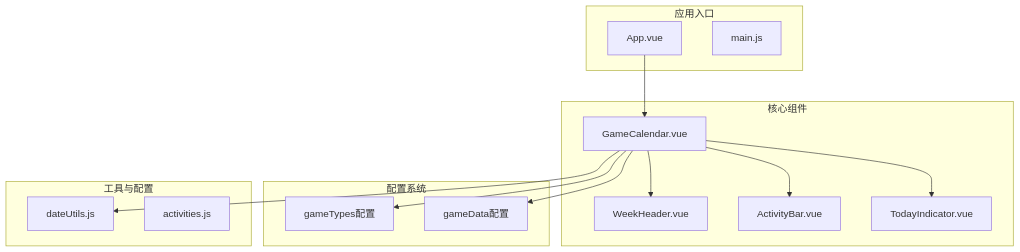
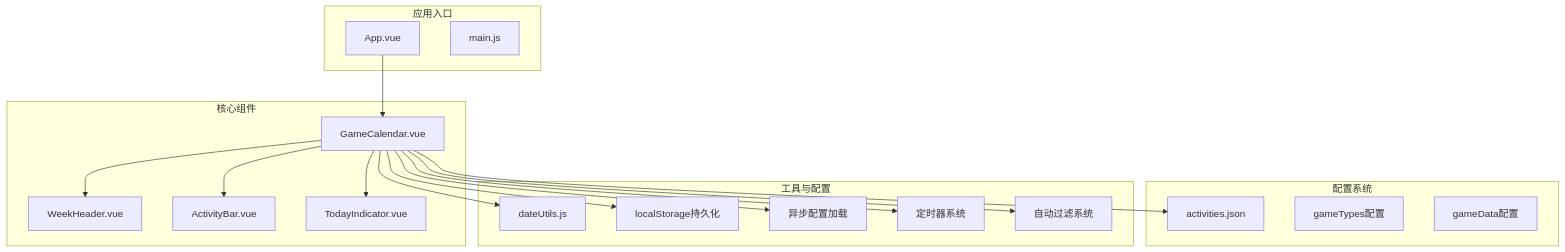
The first of 10 diagrams in .qoder/repowiki/zh/content/核心组件/GameCalendar 主容器组件.md (xuanyulingnfeg/gameCalendar), drawn with Mermaid before and after one commit. The commit also changed other lines of this file and 7 other files, not shown here.

````diff
--- a/.qoder/repowiki/zh/content/核心组件/GameCalendar 主容器组件.md
+++ b/.qoder/repowiki/zh/content/核心组件/GameCalendar 主容器组件.md
@@ -46,28 +46,35 @@
 ```mermaid
 graph TB
 subgraph "应用入口"
 App[App.vue]
 Main[main.js]
 end
 subgraph "核心组件"
 GameCalendar[GameCalendar.vue]
 WeekHeader[WeekHeader.vue]
 ActivityBar[ActivityBar.vue]
 TodayIndicator[TodayIndicator.vue]
 end
 subgraph "配置系统"
+Activities[activities.json]
 GameTypes[gameTypes配置]
 GameData[gameData配置]
 end
 subgraph "工具与配置"
 DateUtils[dateUtils.js]
-Activities[activities.js]
+LocalStorage[localStorage持久化]
+AsyncLoader[异步配置加载]
+Timer[定时器系统]
+AutoFilter[自动过滤系统]
 end
 App --> GameCalendar
 GameCalendar --> WeekHeader
 GameCalendar --> TodayIndicator
 GameCalendar --> ActivityBar
 GameCalendar --> DateUtils
-GameCalendar --> GameTypes
-GameCalendar --> GameData
+GameCalendar --> Activities
+GameCalendar --> LocalStorage
+GameCalendar --> AsyncLoader
+GameCalendar --> Timer
+GameCalendar --> AutoFilter
 ```
````
